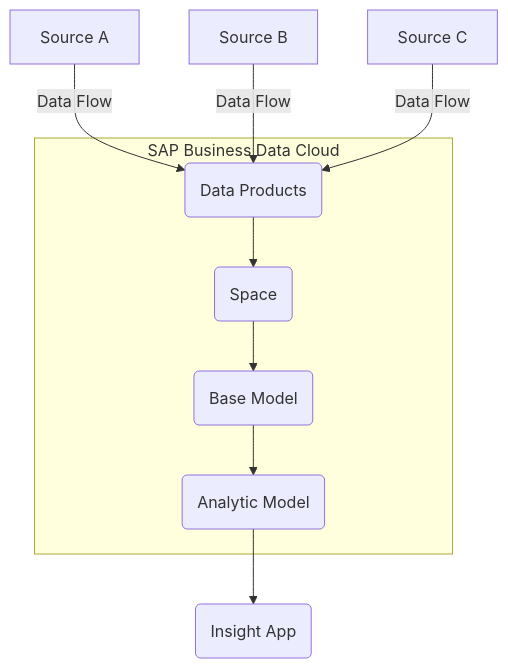
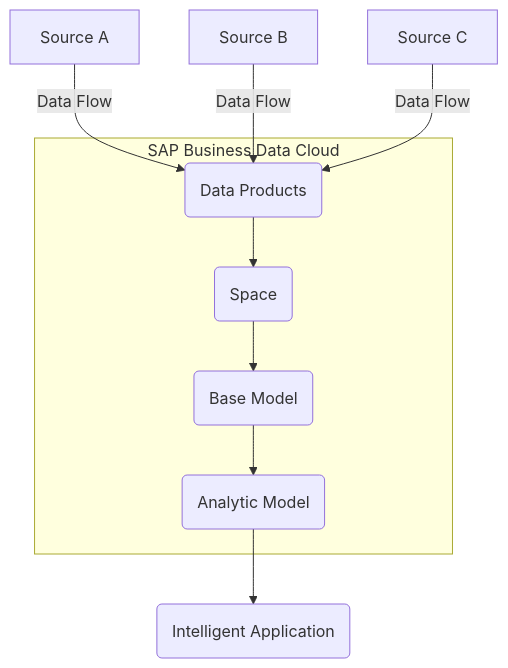
One commit to SAP/architecture-center changed the sixth of 7 diagrams in community/Guidelines/diagrams.md. Above: the diagram before and after it, drawn with Mermaid. The commit also changed other lines of this file and 11 other files, not shown here.

Commit message:
refactor SAP BDC and Intelligent Application usage

````diff
--- a/community/Guidelines/diagrams.md
+++ b/community/Guidelines/diagrams.md
@@ -196,12 +196,12 @@
         ```mermaid
         graph TD
         A[Source A] -->|Data Flow| B
         C[Source B] -->|Data Flow| B
         D[Source C] -->|Data Flow| B
         subgraph SAP_Business_Data_Cloud[SAP Business Data Cloud]
             B(Data Products) --> E(Space)
             E --> F(Base Model)
             F --> G(Analytic Model)
         end
-        G --> H(Insight App)
+        G --> H(Intelligent Application)
         ```
````
